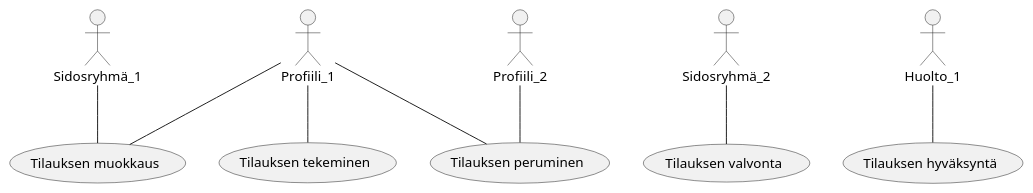
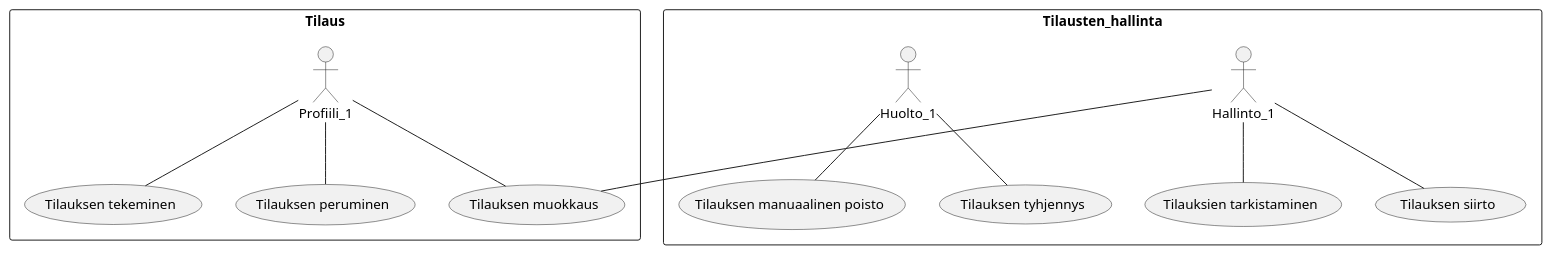
Before and after one commit to ninaleo/ransut-core: the third of 8 diagrams in documentation/20-Requirement-management/requirement-specification.md, drawn with PlantUML. The commit also changed other lines of this file, not shown here.

````diff
--- a/documentation/20-Requirement-management/requirement-specification.md
+++ b/documentation/20-Requirement-management/requirement-specification.md
@@ -139,9 +249,17 @@
 ```plantuml
+
+rectangle Tilaus {
 Profiili_1--(Tilauksen tekeminen)
 Profiili_1--(Tilauksen muokkaus)
 Profiili_1--(Tilauksen peruminen)
-Profiili_2--(Tilauksen peruminen)
-Sidosryhmä_1--(Tilauksen muokkaus)
-Sidosryhmä_2--(Tilauksen valvonta)
-Huolto_1--(Tilauksen hyväksyntä)
+}
+
+rectangle Tilausten_hallinta {
+Hallinto_1--(Tilauksien tarkistaminen)
+Hallinto_1--(Tilauksen muokkaus)
+Hallinto_1--(Tilauksen siirto)
+Huolto_1--(Tilauksen manuaalinen poisto)
+Huolto_1--(Tilauksen tyhjennys)
+}
+
 ```
````
